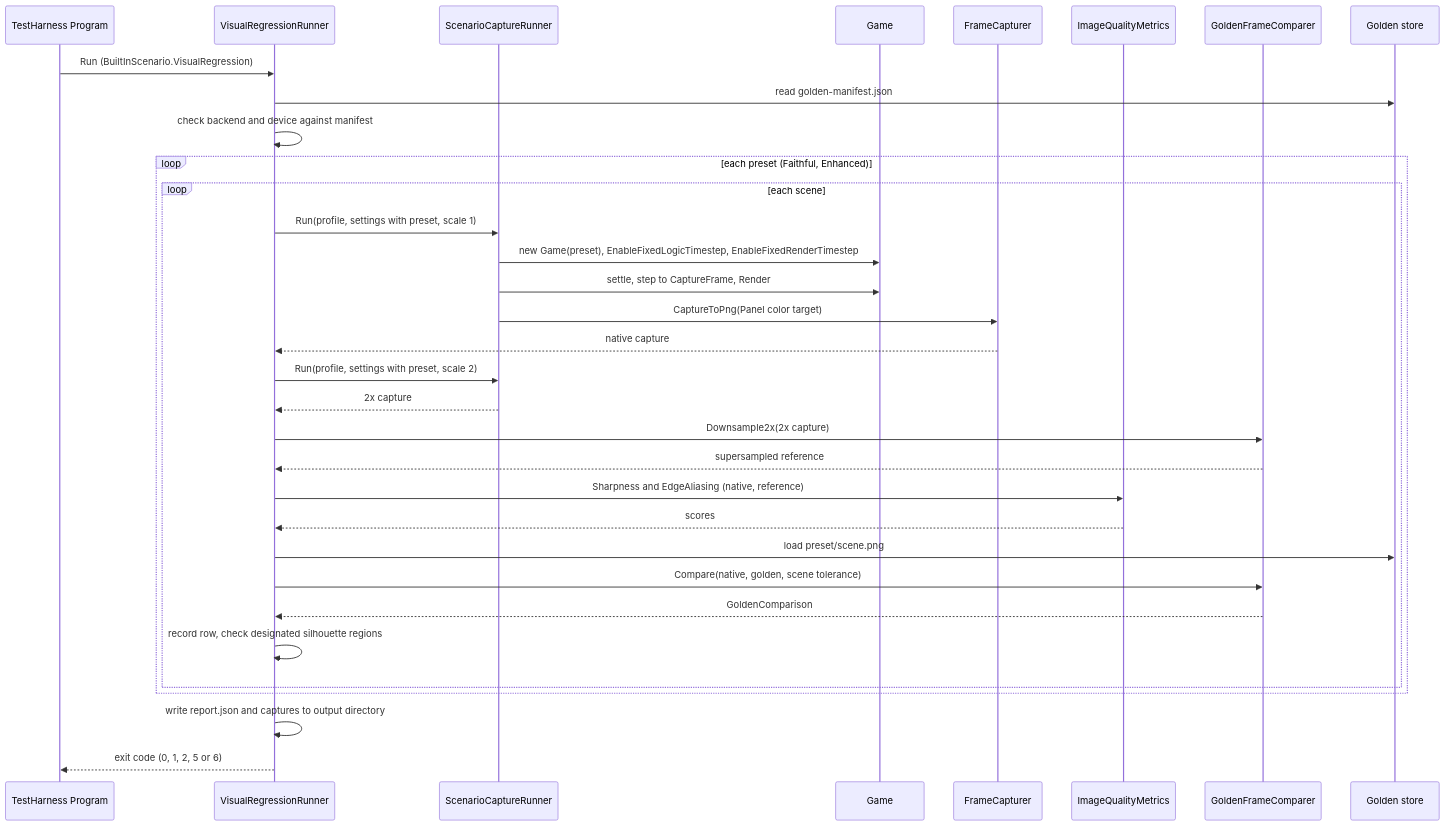
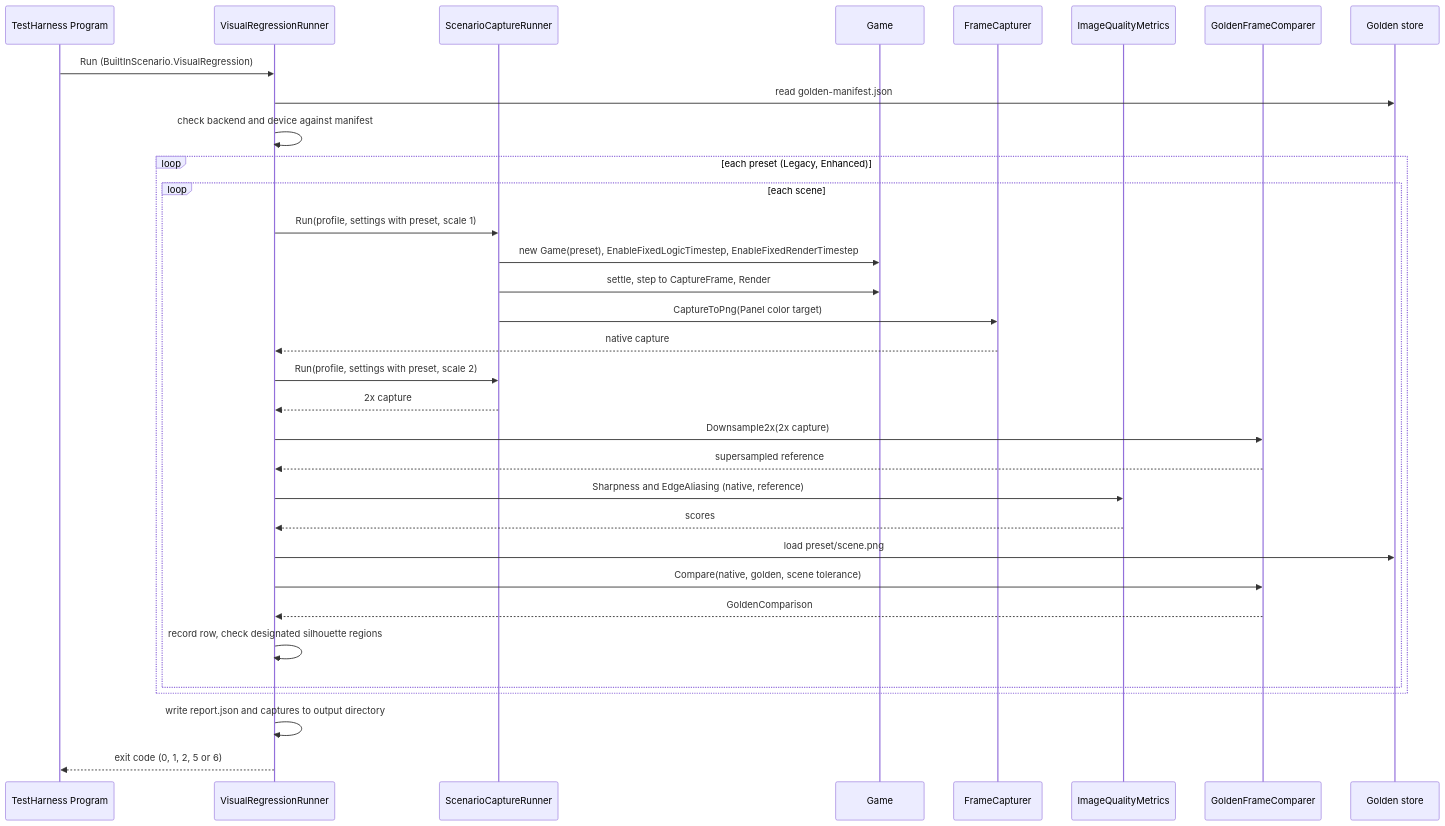
One commit to rmessinger/Panopticon changed the second of 2 diagrams in docs/roadmap/deep-dives/g3-visual-regression-harness.md. Above: the diagram before and after it, drawn with Mermaid. The commit also changed other lines of this file and 39 other files, not shown here.

Commit message:
feat(graphics): default to Enhanced preset and rename Faithful to Legacy

````diff
--- a/docs/roadmap/deep-dives/g3-visual-regression-harness.md
+++ b/docs/roadmap/deep-dives/g3-visual-regression-harness.md
@@ -313,36 +313,36 @@
 ```mermaid
 sequenceDiagram
   participant TH as TestHarness Program
   participant VR as VisualRegressionRunner
   participant SC as ScenarioCaptureRunner
   participant G as Game
   participant FC as FrameCapturer
   participant M as ImageQualityMetrics
   participant C as GoldenFrameComparer
   participant S as Golden store
 
   TH->>VR: Run (BuiltInScenario.VisualRegression)
   VR->>S: read golden-manifest.json
   VR->>VR: check backend and device against manifest
-  loop each preset (Faithful, Enhanced)
+  loop each preset (Legacy, Enhanced)
     loop each scene
       VR->>SC: Run(profile, settings with preset, scale 1)
       SC->>G: new Game(preset), EnableFixedLogicTimestep, EnableFixedRenderTimestep
       SC->>G: settle, step to CaptureFrame, Render
       SC->>FC: CaptureToPng(Panel color target)
       FC-->>VR: native capture
       VR->>SC: Run(profile, settings with preset, scale 2)
       SC-->>VR: 2x capture
       VR->>C: Downsample2x(2x capture)
       C-->>VR: supersampled reference
       VR->>M: Sharpness and EdgeAliasing (native, reference)
       M-->>VR: scores
       VR->>S: load preset/scene.png
       VR->>C: Compare(native, golden, scene tolerance)
       C-->>VR: GoldenComparison
       VR->>VR: record row, check designated silhouette regions
     end
   end
   VR->>VR: write report.json and captures to output directory
   VR-->>TH: exit code (0, 1, 2, 5 or 6)
 ```
````
